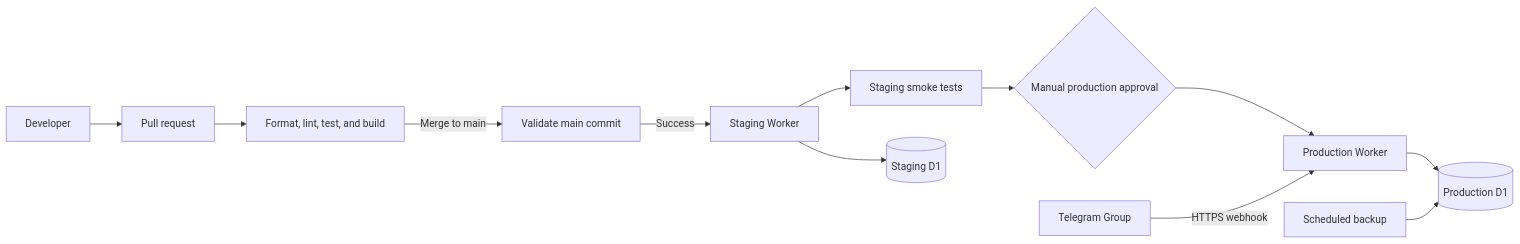
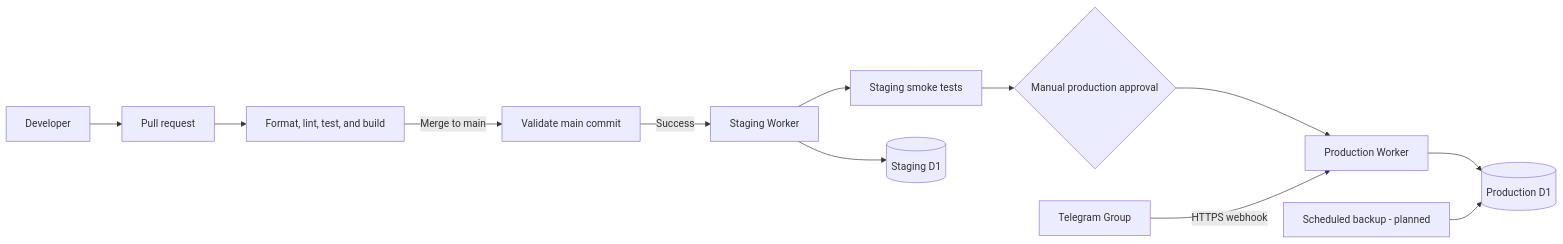
Before and after one commit to clllllllllllllll/SettleBot: the diagram in README.md, drawn with Mermaid. The commit also changed other lines of this file and 1 other file, not shown here.

````diff
--- a/README.md
+++ b/README.md
@@ -160,14 +165,14 @@
 ```mermaid
 flowchart LR
     DEV[Developer] --> PR[Pull request]
     PR --> CI[Format, lint, test, and build]
     CI -->|Merge to main| MAIN[Validate main commit]
     MAIN -->|Success| STG[Staging Worker]
     STG --> SMOKE[Staging smoke tests]
     SMOKE --> GATE{Manual production approval}
     GATE --> PROD[Production Worker]
     TG[Telegram Group] -->|HTTPS webhook| PROD
     STG --> D1S[(Staging D1)]
     PROD --> D1P[(Production D1)]
-    CRON[Scheduled backup] --> D1P
+    CRON[Scheduled backup - planned] --> D1P
 ```
````
